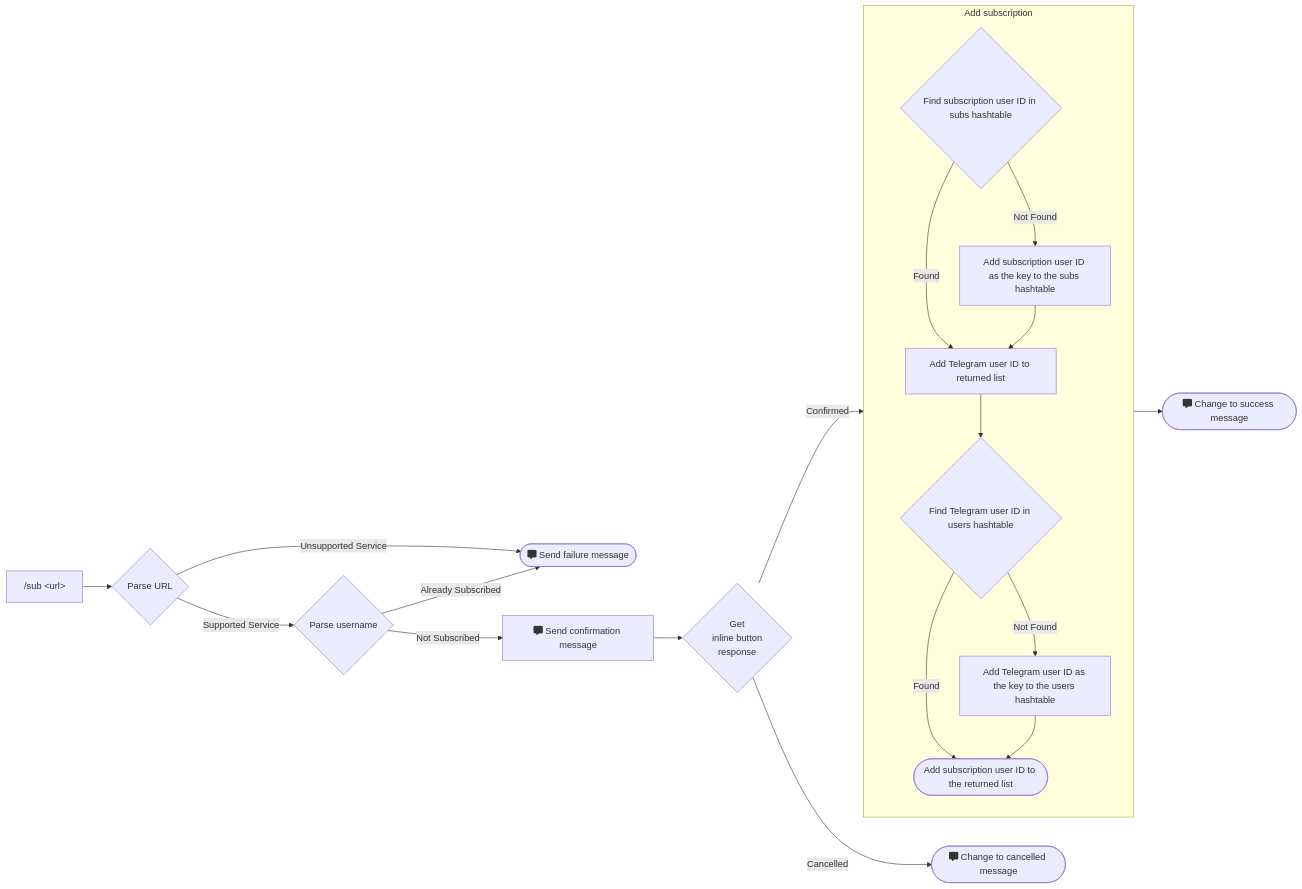
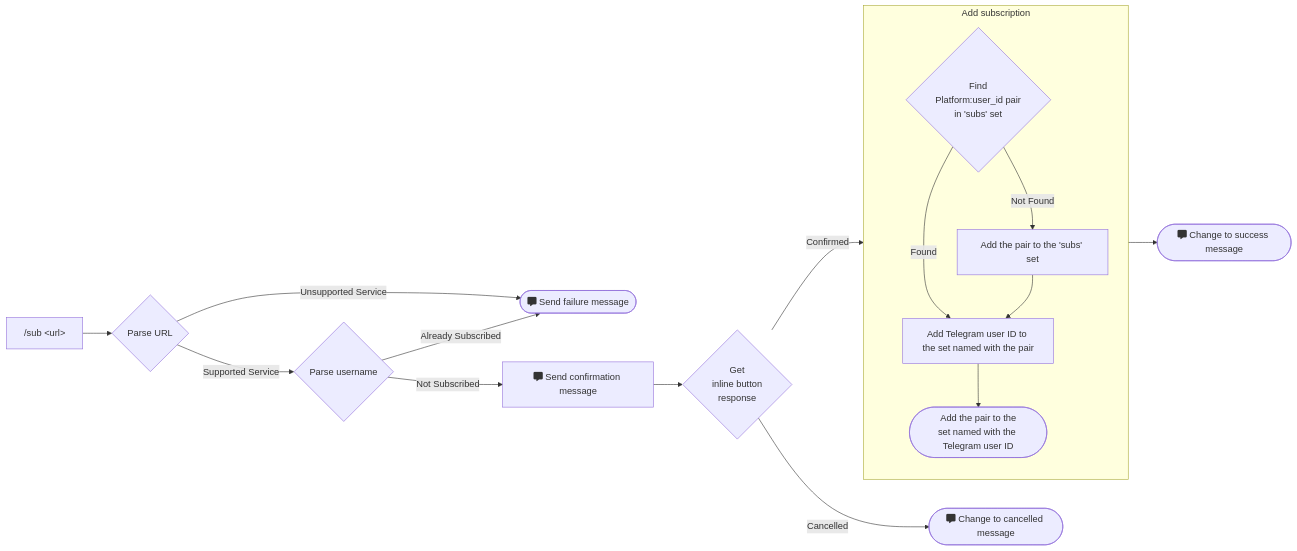
The first of 3 diagrams in Design.md (mikelei8291/Telescope), drawn with Mermaid before and after one commit. The commit also changed other lines of this file, not shown here.

````diff
--- a/Design.md
+++ b/Design.md
@@ -12,22 +12,19 @@
   ```mermaid
   flowchart LR
     subgraph s1["Add subscription"]
-      n1{"Find subscription user ID in subs hashtable"}
-      n1 -- Found --> n2["Add Telegram user ID to returned list"]
-      n1 -- Not Found --> n3["Add subscription user ID as the key to the subs hashtable"]
+      n1{"Find<br>Platform:user_id pair<br>in 'subs' set"}
+      n1 -- Found --> n2["Add Telegram user ID to the set named with the pair"]
+      n1 -- Not Found --> n3["Add the pair to the 'subs' set"]
       n3 --> n2
-      n2 --> n4{"Find Telegram user ID in users hashtable"}
-      n4 -- Found --> n5(["Add subscription user ID to the returned list"])
-      n4 -- Not Found --> n6["Add Telegram user ID as the key to the users hashtable"]
-      n6 --> n5
+      n2 --> n4(["Add the pair to the<br>set named with the Telegram user ID"])
     end
     A["/sub &lt;url&gt;"] --> B{"Parse URL"}
     B -- Supported Service --> C{"Parse username"}
     B -- Unsupported Service --> D(["fa:fa-message Send failure message"])
     C -- Not Subscribed --> E["fa:fa-message Send confirmation message"]
     C -- Already Subscribed --> D
     E --> F{"Get<br>inline button<br>response"}
     F -- Confirmed --> s1
     s1 --> H(["fa:fa-message Change to success message"])
     F -- Cancelled --> I(["fa:fa-message Change to cancelled message"])
   ```
````
